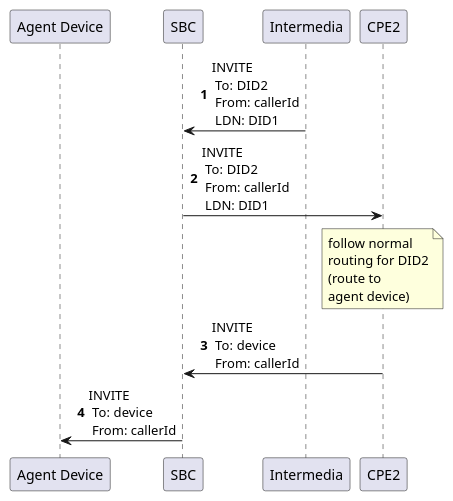
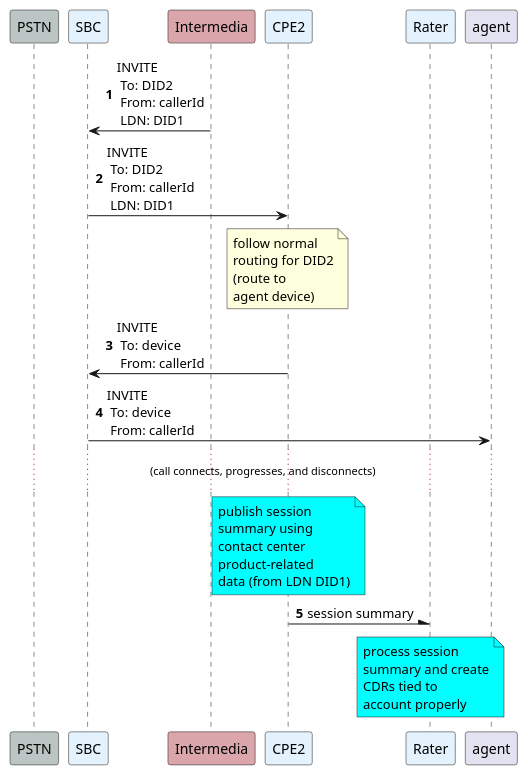
The diagram in contact-center/inbound-call-from-contact-center-to-agent.puml (aibeira/mrw-plant-uml), drawn with PlantUML before and after one commit. The commit also changed 3 other files, not shown here.

Commit message:
refine contact-center flows

```diff
--- a/contact-center/inbound-call-from-contact-center-to-agent.puml
+++ b/contact-center/inbound-call-from-contact-center-to-agent.puml
@@ -1,22 +1,38 @@
 @startuml
 'https://plantuml.com/sequence-diagram
 
 autonumber
 
-participant "Agent Device" as agent
-participant "SBC" as sbc
-participant Intermedia as im
-participant CPE2 as cpe2
+participant "PSTN" as pstn #BBC6C4
+participant "SBC" as sbc #E3F2FD
+participant Intermedia as im #DAA6AB
+participant CPE2 as cpe2 #E3F2FD
+participant Rater as rtr #E3F2FD
 
 im -> sbc: INVITE\n To: DID2\n From: callerId\n LDN: DID1
 sbc -> cpe2: INVITE\n To: DID2\n From: callerId\n LDN: DID1
 note over cpe2
     follow normal
     routing for DID2
     (route to
     agent device)
 end note
 cpe2 -> sbc: INVITE\n To: device\n From: callerId
 sbc -> agent: INVITE\n To: device\n From: callerId
+... (call connects, progresses, and disconnects) ...
+note over cpe2 #cyan
+    publish session
+    summary using
+    contact center
+    product-related
+    data (from LDN DID1)
+end note
+cpe2 -\ rtr: session summary
+note over rtr #cyan
+    process session
+    summary and create
+    CDRs tied to
+    account properly
+end note
 
 @enduml
```
